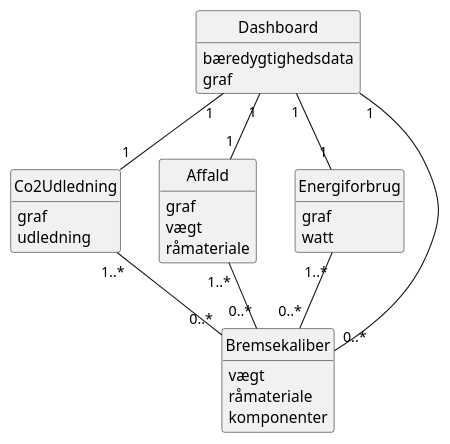
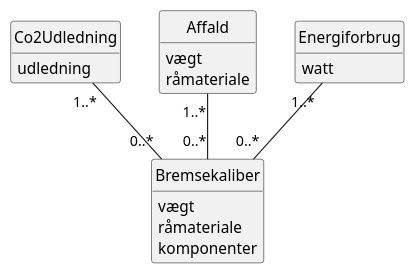
One commit to FilipMeldal/Team1A changed the diagram in Budweg/Artefacts/BudwegDomainModel.plantuml. Above: the diagram before and after it, drawn with PlantUML. The commit also changed 1 other file, not shown here.

```diff
--- a/Budweg/Artefacts/BudwegDomainModel.plantuml
+++ b/Budweg/Artefacts/BudwegDomainModel.plantuml
@@ -1,46 +1,33 @@
 @startuml
 hide circle
 hide empty members
 
-Dashboard "1" -- "1" Co2Udledning
-Dashboard "1" -- "1" Affald
-Dashboard "1" -- "1" Energiforbrug
-Dashboard "1" -- "0..*" Bremsekaliber
 Co2Udledning "1..*" -- "0..*" Bremsekaliber
 Affald "1..*" -- "0..*" Bremsekaliber
 Energiforbrug "1..*" -- "0..*" Bremsekaliber
 
 Class Bremsekaliber
 {
     vægt
     råmateriale
     komponenter
 }
 
-Class Dashboard
-{
-    bæredygtighedsdata
-    graf
-}
-
 Class Co2Udledning 
 {
-    graf
     udledning
 }
 
 Class Affald
 {
-    graf
     vægt
     råmateriale
 }
 
 Class Energiforbrug
 {
-    graf
     watt
 }
 
 
 @enduml
```
